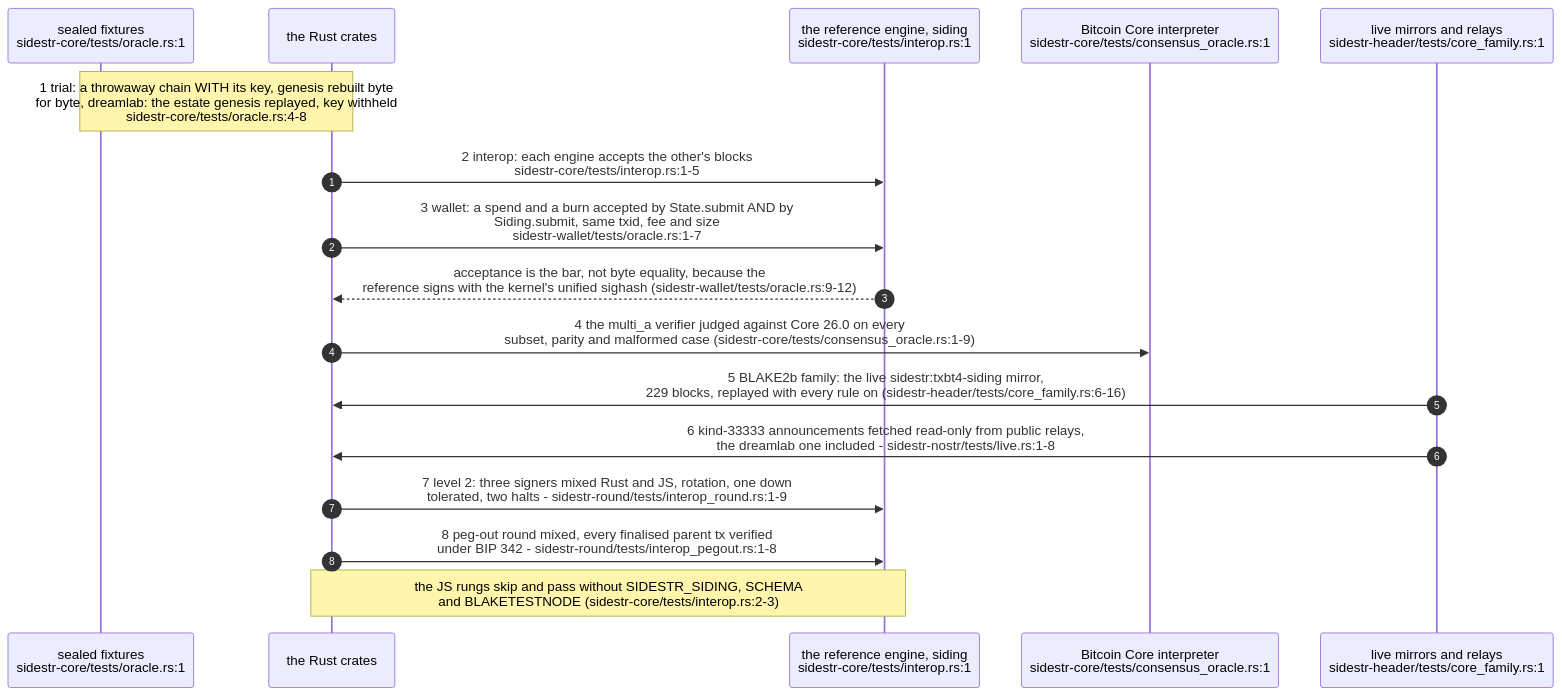
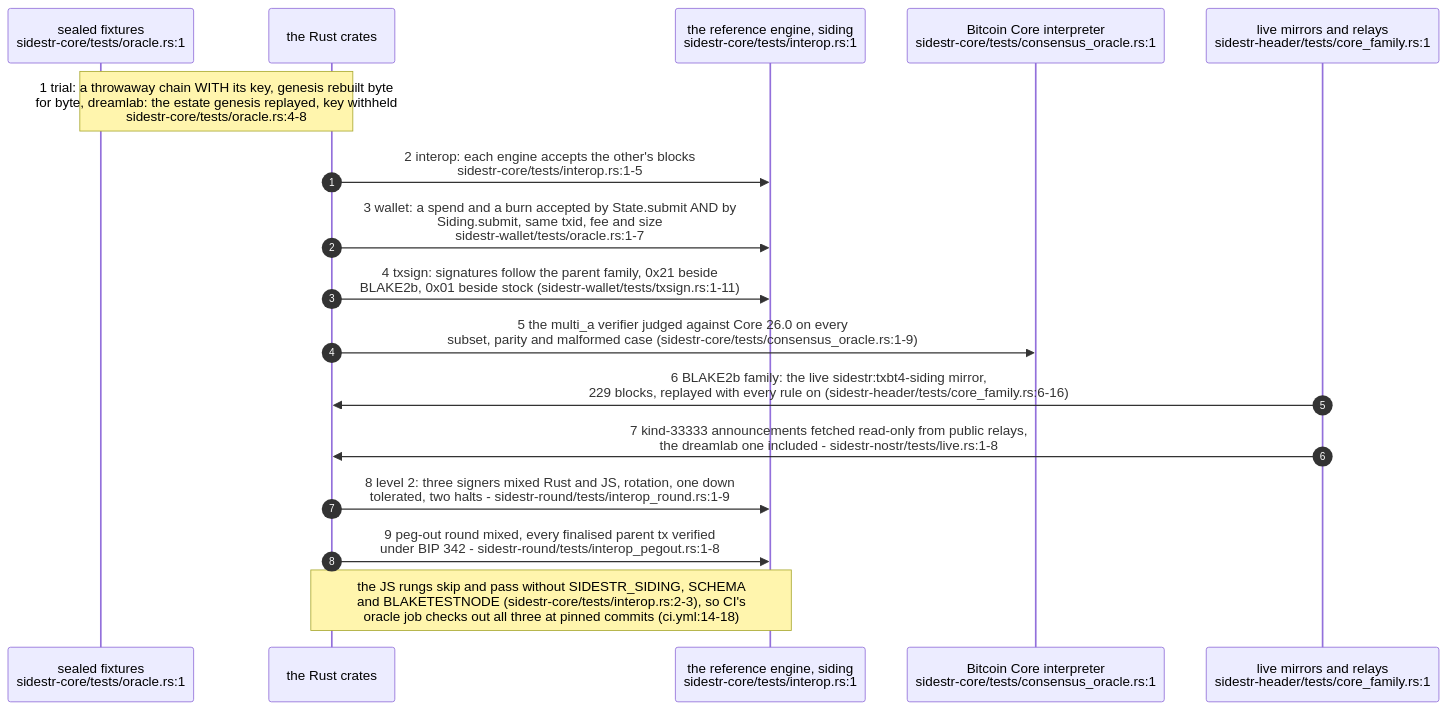
Before and after one commit to DreamLab-AI/VisionFlow: the third of 6 diagrams in docs/diagrams/sidestr-rs/01-crates-oracle-and-live-loop.md, drawn with Mermaid. The commit also changed other lines of this file and 5 other files, not shown here.

First line of the commit message:
docs(diagrams): re-stamp SR-01 at sidestr-rs 592b2ff — six crates, pinned oracle CI, SPEC 0.0.3, sidestr-agent

````diff
--- a/docs/diagrams/sidestr-rs/01-crates-oracle-and-live-loop.md
+++ b/docs/diagrams/sidestr-rs/01-crates-oracle-and-live-loop.md
@@ -113,20 +125,20 @@
 ```mermaid
 sequenceDiagram
     autonumber
     participant F as sealed fixtures<br/>sidestr-core/tests/oracle.rs:1
     participant R as the Rust crates
     participant J as the reference engine, siding<br/>sidestr-core/tests/interop.rs:1
     participant K as Bitcoin Core interpreter<br/>sidestr-core/tests/consensus_oracle.rs:1
     participant M as live mirrors and relays<br/>sidestr-header/tests/core_family.rs:1
 
     Note over F,R: 1 trial: a throwaway chain WITH its key, genesis rebuilt byte<br/>for byte, dreamlab: the estate genesis replayed, key withheld<br/>sidestr-core/tests/oracle.rs:4-8
     R->>J: 2 interop: each engine accepts the other's blocks<br/>sidestr-core/tests/interop.rs:1-5
     R->>J: 3 wallet: a spend and a burn accepted by State.submit AND by<br/>Siding.submit, same txid, fee and size<br/>sidestr-wallet/tests/oracle.rs:1-7
-    J-->>R: acceptance is the bar, not byte equality, because the<br/>reference signs with the kernel's unified sighash (sidestr-wallet/tests/oracle.rs:9-12)
-    R->>K: 4 the multi_a verifier judged against Core 26.0 on every<br/>subset, parity and malformed case (sidestr-core/tests/consensus_oracle.rs:1-9)
-    M->>R: 5 BLAKE2b family: the live sidestr:txbt4-siding mirror,<br/>229 blocks, replayed with every rule on (sidestr-header/tests/core_family.rs:6-16)
-    M->>R: 6 kind-33333 announcements fetched read-only from public relays,<br/>the dreamlab one included - sidestr-nostr/tests/live.rs:1-8
-    R->>J: 7 level 2: three signers mixed Rust and JS, rotation, one down<br/>tolerated, two halts - sidestr-round/tests/interop_round.rs:1-9
-    R->>J: 8 peg-out round mixed, every finalised parent tx verified<br/>under BIP 342 - sidestr-round/tests/interop_pegout.rs:1-8
-    Note over R,J: the JS rungs skip and pass without SIDESTR_SIDING, SCHEMA<br/>and BLAKETESTNODE (sidestr-core/tests/interop.rs:2-3)
+    R->>J: 4 txsign: signatures follow the parent family, 0x21 beside<br/>BLAKE2b, 0x01 beside stock (sidestr-wallet/tests/txsign.rs:1-11)
+    R->>K: 5 the multi_a verifier judged against Core 26.0 on every<br/>subset, parity and malformed case (sidestr-core/tests/consensus_oracle.rs:1-9)
+    M->>R: 6 BLAKE2b family: the live sidestr:txbt4-siding mirror,<br/>229 blocks, replayed with every rule on (sidestr-header/tests/core_family.rs:6-16)
+    M->>R: 7 kind-33333 announcements fetched read-only from public relays,<br/>the dreamlab one included - sidestr-nostr/tests/live.rs:1-8
+    R->>J: 8 level 2: three signers mixed Rust and JS, rotation, one down<br/>tolerated, two halts - sidestr-round/tests/interop_round.rs:1-9
+    R->>J: 9 peg-out round mixed, every finalised parent tx verified<br/>under BIP 342 - sidestr-round/tests/interop_pegout.rs:1-8
+    Note over R,J: the JS rungs skip and pass without SIDESTR_SIDING, SCHEMA<br/>and BLAKETESTNODE (sidestr-core/tests/interop.rs:2-3), so CI's<br/>oracle job checks out all three at pinned commits (ci.yml:14-18)
 ```
````
